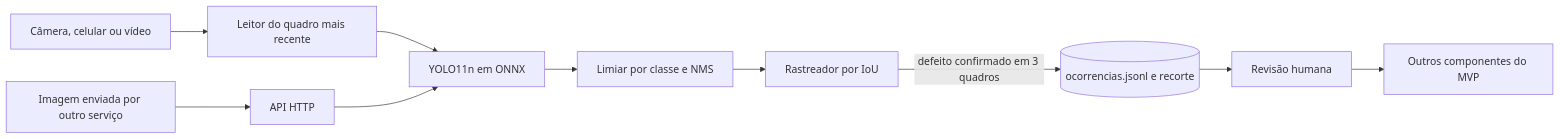
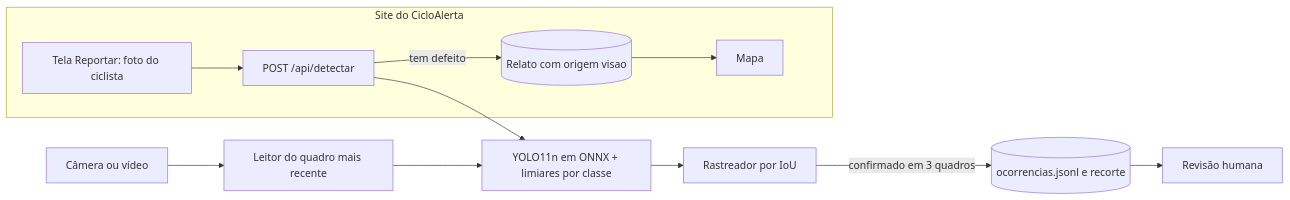
Before and after one commit to brenosrubio/cicloalerta-visao: the diagram in README.md, drawn with Mermaid. The commit also changed other lines of this file and 121 other files, not shown here.

Commit message:
CicloAlerta: componente de visão computacional

````diff
--- a/README.md
+++ b/README.md
@@ -49,12 +86,14 @@
 ```mermaid
 flowchart LR
-    A[Câmera, celular ou vídeo] --> B[Leitor do quadro mais recente]
-    B --> C[YOLO11n em ONNX]
-    C --> D[Limiar por classe e NMS]
-    D --> E[Rastreador por IoU]
-    E -->|defeito confirmado em 3 quadros| F[(ocorrencias.jsonl e recorte)]
-    F --> G[Revisão humana]
-    G --> H[Outros componentes do MVP]
-    I[Imagem enviada por outro serviço] --> J[API HTTP]
-    J --> C
+    subgraph Site do CicloAlerta
+      R[Tela Reportar: foto do ciclista] --> D[POST /api/detectar]
+      D -->|tem defeito| P[(Relato com origem visao)]
+      P --> M[Mapa]
+    end
+    D --> C[YOLO11n em ONNX + limiares por classe]
+    V[Câmera ou vídeo] --> L[Leitor do quadro mais recente]
+    L --> C
+    C --> T[Rastreador por IoU]
+    T -->|confirmado em 3 quadros| O[(ocorrencias.jsonl e recorte)]
+    O --> H[Revisão humana]
 ```
````
